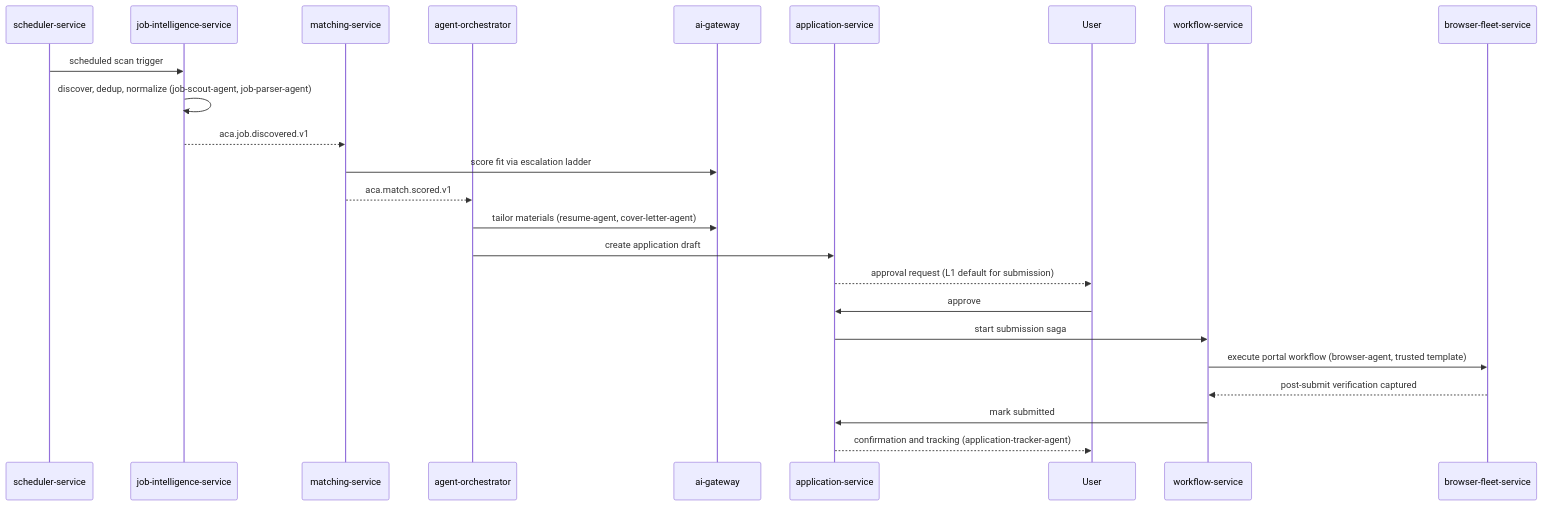
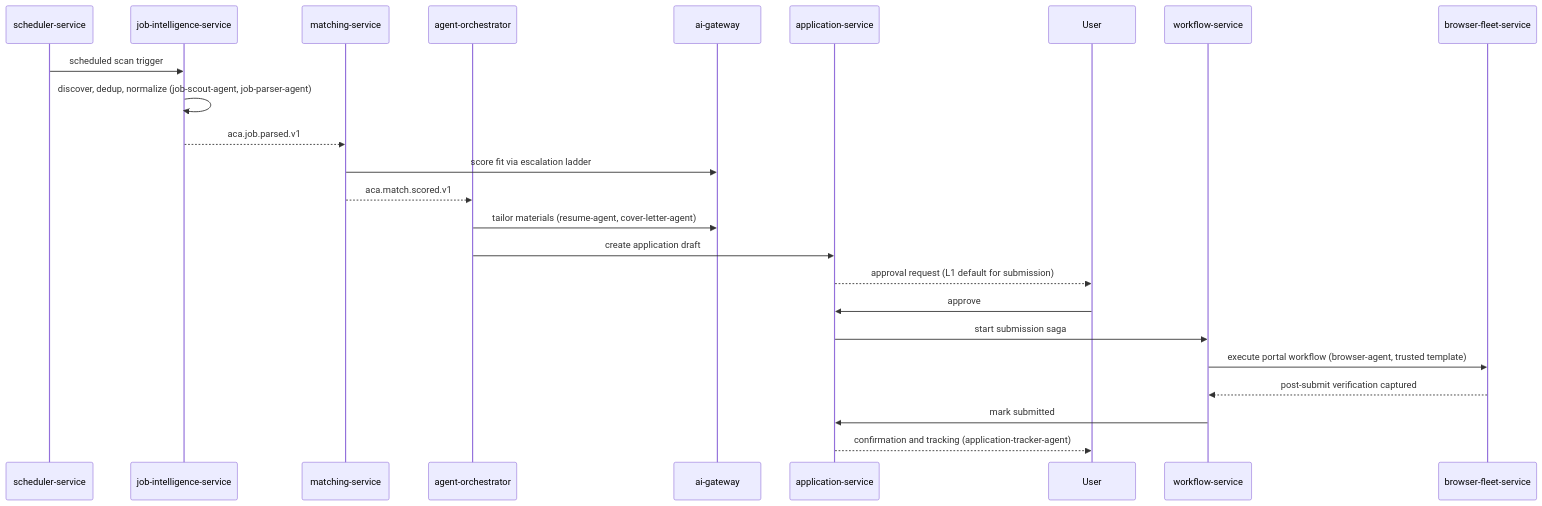
One commit to abdallahyasser12/jober changed the third of 3 diagrams in architecture/volume-1-foundation/01-executive-summary.md. Above: the diagram before and after it, drawn with Mermaid. The commit also changed other lines of this file and 9 other files, not shown here.

````diff
--- a/architecture/volume-1-foundation/01-executive-summary.md
+++ b/architecture/volume-1-foundation/01-executive-summary.md
@@ -166,27 +166,27 @@
 ```mermaid
 sequenceDiagram
     participant SCH as scheduler-service
     participant JIS as job-intelligence-service
     participant MAT as matching-service
     participant ORC as agent-orchestrator
     participant AIG as ai-gateway
     participant APP as application-service
     participant USR as User
     participant WFS as workflow-service
     participant BFS as browser-fleet-service
 
     SCH->>JIS: scheduled scan trigger
     JIS->>JIS: discover, dedup, normalize (job-scout-agent, job-parser-agent)
-    JIS-->>MAT: aca.job.discovered.v1
+    JIS-->>MAT: aca.job.parsed.v1
     MAT->>AIG: score fit via escalation ladder
     MAT-->>ORC: aca.match.scored.v1
     ORC->>AIG: tailor materials (resume-agent, cover-letter-agent)
     ORC->>APP: create application draft
     APP-->>USR: approval request (L1 default for submission)
     USR->>APP: approve
     APP->>WFS: start submission saga
     WFS->>BFS: execute portal workflow (browser-agent, trusted template)
     BFS-->>WFS: post-submit verification captured
     WFS->>APP: mark submitted
     APP-->>USR: confirmation and tracking (application-tracker-agent)
 ```
````
